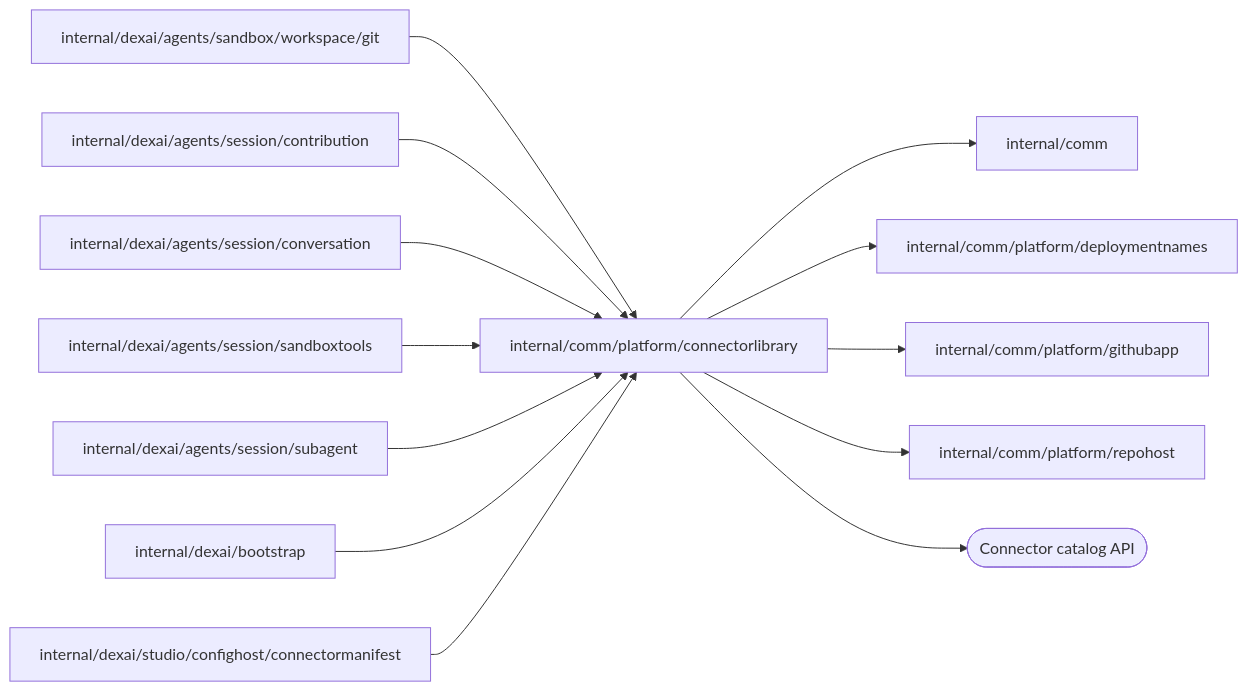
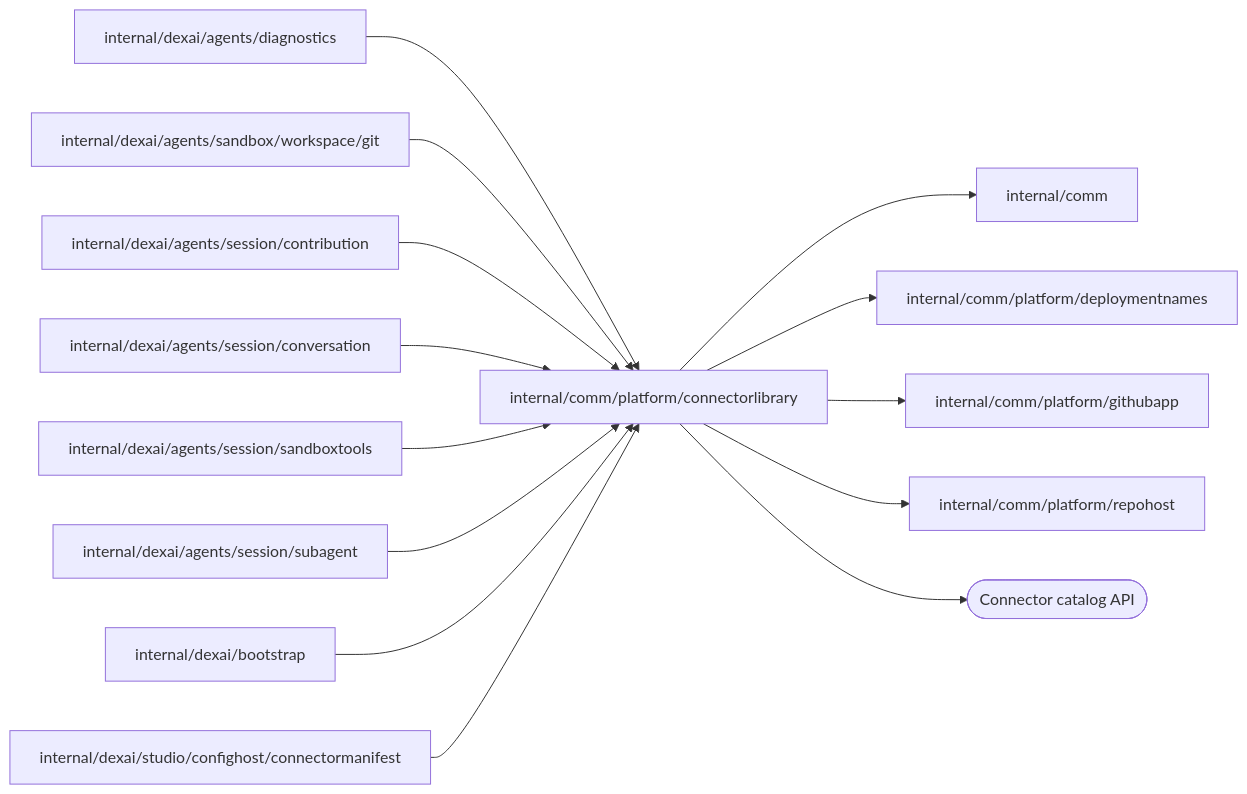
One commit to superdurable/superverse changed the diagram in internal/comm/platform/connectorlibrary/README.md. Above: the diagram before and after it, drawn with Mermaid. The commit also changed other lines of this file and 43 other files, not shown here.

````diff
--- a/internal/comm/platform/connectorlibrary/README.md
+++ b/internal/comm/platform/connectorlibrary/README.md
@@ -10,16 +10,17 @@
 ```mermaid
 flowchart LR
   self["internal/comm/platform/connectorlibrary"]
-  c0["internal/dexai/agents/sandbox/workspace/git"] --> self
-  c1["internal/dexai/agents/session/contribution"] --> self
-  c2["internal/dexai/agents/session/conversation"] --> self
-  c3["internal/dexai/agents/session/sandboxtools"] --> self
-  c4["internal/dexai/agents/session/subagent"] --> self
-  c5["internal/dexai/bootstrap"] --> self
-  c6["internal/dexai/studio/confighost/connectormanifest"] --> self
+  c0["internal/dexai/agents/diagnostics"] --> self
+  c1["internal/dexai/agents/sandbox/workspace/git"] --> self
+  c2["internal/dexai/agents/session/contribution"] --> self
+  c3["internal/dexai/agents/session/conversation"] --> self
+  c4["internal/dexai/agents/session/sandboxtools"] --> self
+  c5["internal/dexai/agents/session/subagent"] --> self
+  c6["internal/dexai/bootstrap"] --> self
+  c7["internal/dexai/studio/confighost/connectormanifest"] --> self
   self --> d0["internal/comm"]
   self --> d1["internal/comm/platform/deploymentnames"]
   self --> d2["internal/comm/platform/githubapp"]
   self --> d3["internal/comm/platform/repohost"]
   self --> e0(["Connector catalog API"])
 ```
````
